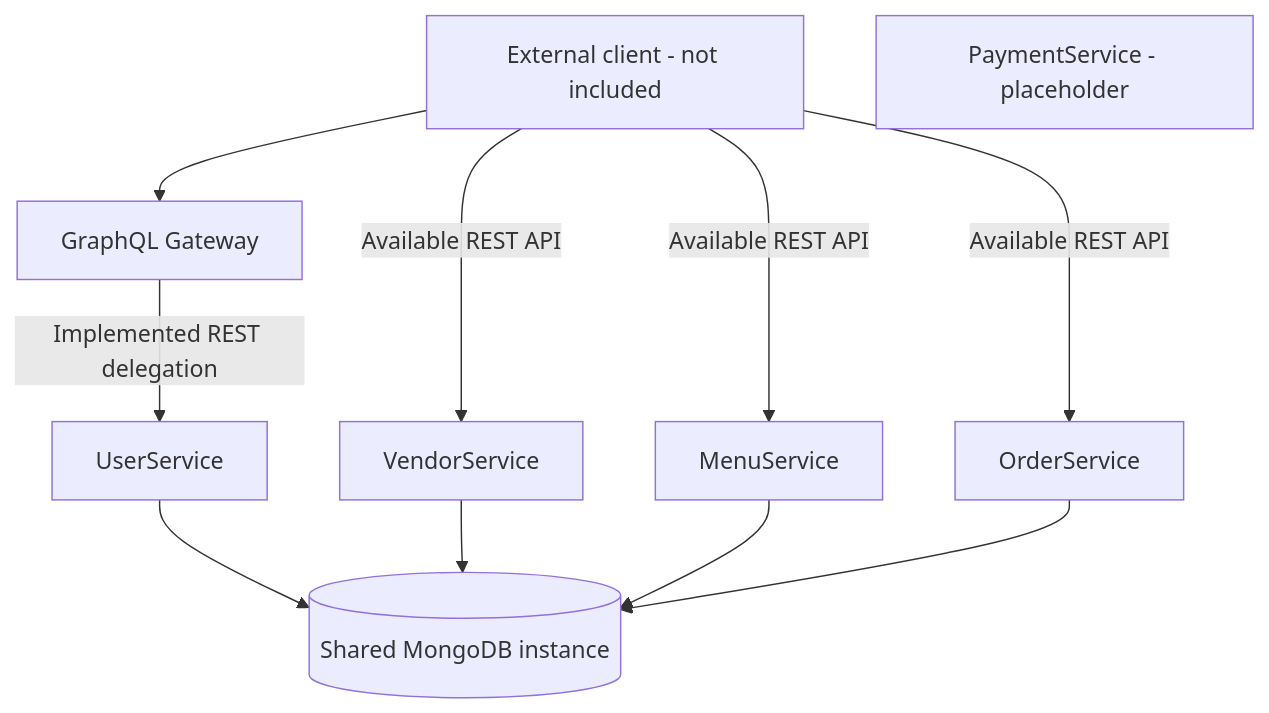
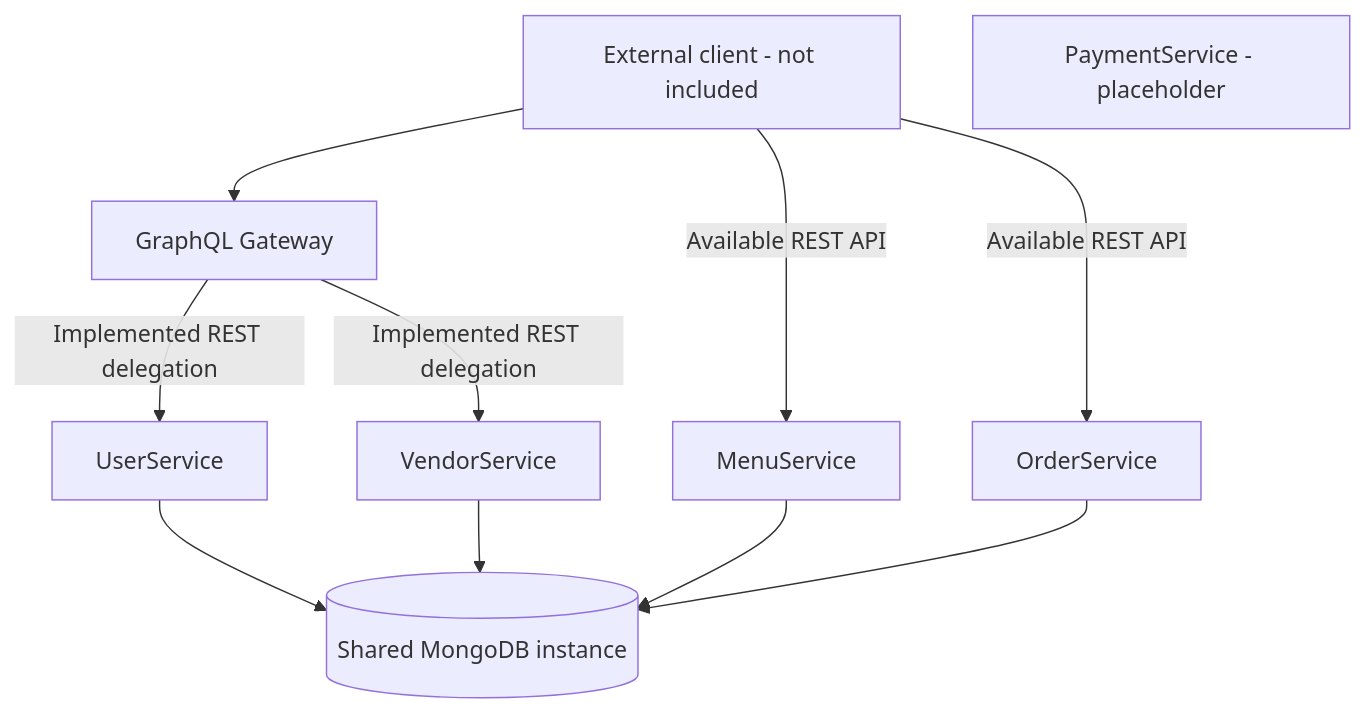
The first of 2 diagrams in architecture.md (Vansh-Singhal/MunchMap), drawn with Mermaid before and after one commit. The commit also changed other lines of this file and 35 other files, not shown here.

Commit message:
Vendor Service - Updated Schema and workflow

````diff
--- a/architecture.md
+++ b/architecture.md
@@ -26,13 +26,13 @@
 ```mermaid
 flowchart TD
     Client[External client - not included] --> Gateway[GraphQL Gateway]
     Gateway -->|Implemented REST delegation| User[UserService]
-    Client -->|Available REST API| Vendor[VendorService]
+    Gateway -->|Implemented REST delegation| Vendor[VendorService]
     Client -->|Available REST API| Menu[MenuService]
     Client -->|Available REST API| Order[OrderService]
     User --> Mongo[(Shared MongoDB instance)]
     Vendor --> Mongo
     Menu --> Mongo
     Order --> Mongo
     Payment[PaymentService - placeholder]
 ```
````
